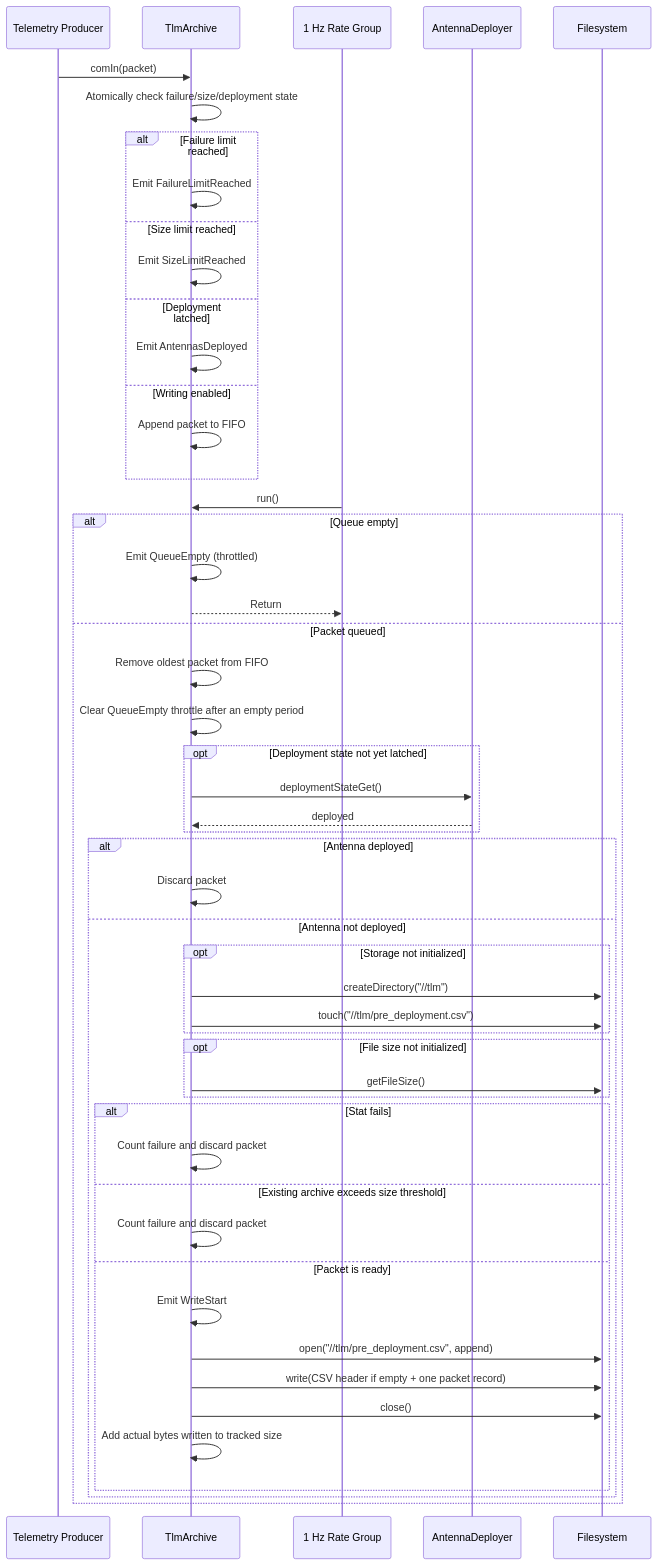
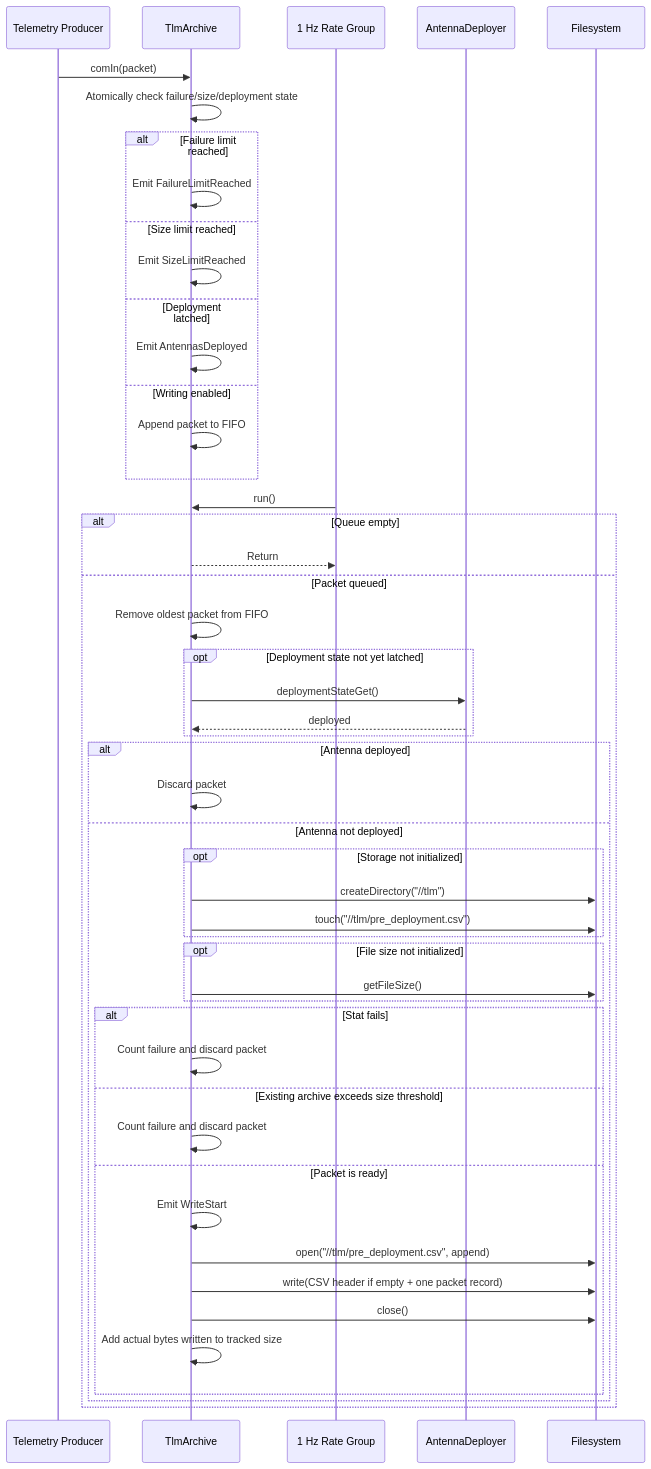
The second of 2 diagrams in PROVESFlightControllerReference/Components/TlmArchive/docs/sdd.md (Open-Source-Space-Foundation/proves-core-reference), drawn with Mermaid before and after one commit. The commit also changed other lines of this file and 3 other files, not shown here.

Commit message:
remove queue empty event

````diff
--- a/PROVESFlightControllerReference/Components/TlmArchive/docs/sdd.md
+++ b/PROVESFlightControllerReference/Components/TlmArchive/docs/sdd.md
@@ -198,55 +194,53 @@
 ```mermaid
 sequenceDiagram
     participant Producer as Telemetry Producer
     participant Archive as TlmArchive
     participant Rate as 1 Hz Rate Group
     participant Deploy as AntennaDeployer
     participant FS as Filesystem
 
     Producer->>Archive: comIn(packet)
     Archive->>Archive: Atomically check failure/size/deployment state
     alt Failure limit reached
         Archive->>Archive: Emit FailureLimitReached
     else Size limit reached
         Archive->>Archive: Emit SizeLimitReached
     else Deployment latched
         Archive->>Archive: Emit AntennasDeployed
     else Writing enabled
         Archive->>Archive: Append packet to FIFO
     end
 
     Rate->>Archive: run()
     alt Queue empty
-        Archive->>Archive: Emit QueueEmpty (throttled)
         Archive-->>Rate: Return
     else Packet queued
         Archive->>Archive: Remove oldest packet from FIFO
-        Archive->>Archive: Clear QueueEmpty throttle after an empty period
         opt Deployment state not yet latched
             Archive->>Deploy: deploymentStateGet()
             Deploy-->>Archive: deployed
         end
         alt Antenna deployed
             Archive->>Archive: Discard packet
         else Antenna not deployed
             opt Storage not initialized
                 Archive->>FS: createDirectory("//tlm")
                 Archive->>FS: touch("//tlm/pre_deployment.csv")
             end
             opt File size not initialized
                 Archive->>FS: getFileSize()
             end
             alt Stat fails
                 Archive->>Archive: Count failure and discard packet
             else Existing archive exceeds size threshold
                 Archive->>Archive: Count failure and discard packet
             else Packet is ready
                 Archive->>Archive: Emit WriteStart
                 Archive->>FS: open("//tlm/pre_deployment.csv", append)
                 Archive->>FS: write(CSV header if empty + one packet record)
                 Archive->>FS: close()
                 Archive->>Archive: Add actual bytes written to tracked size
             end
         end
     end
 ```
````
